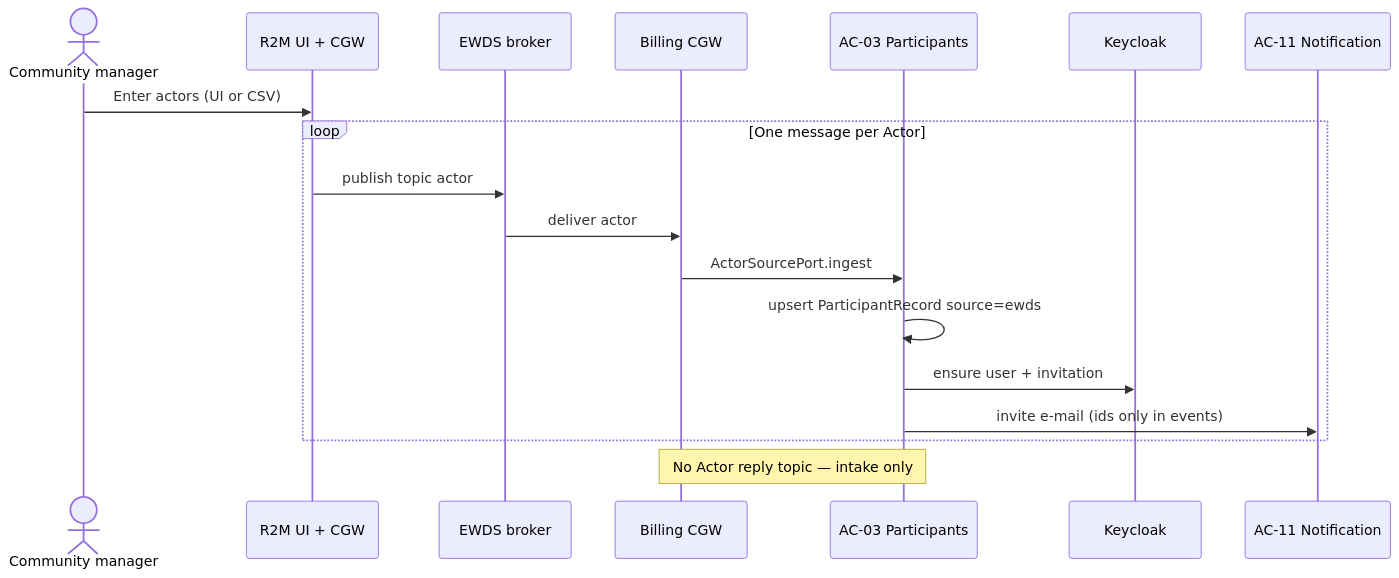
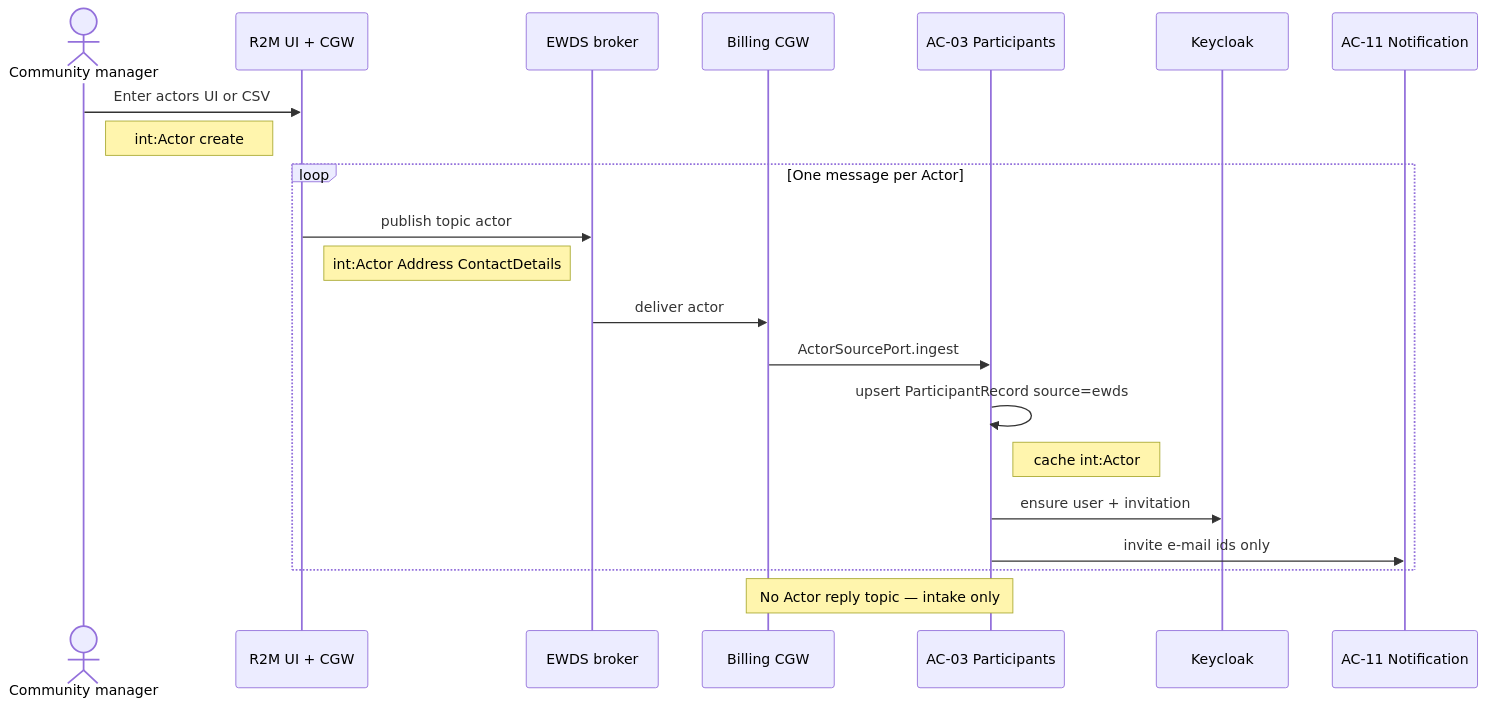
Before and after one commit to blooo-io/intelligent-eu-bps-source: the first of 14 diagrams in docs/architecture/07-scenario-flows.md, drawn with Mermaid. The commit also changed other lines of this file, not shown here.

First line of the commit message:
docs(INT-451): ontology objects on scenario flow steps; fix S12 Mermaid (#225)

````diff
--- a/docs/architecture/07-scenario-flows.md
+++ b/docs/architecture/07-scenario-flows.md
@@ -33,20 +47,23 @@
 ```mermaid
 sequenceDiagram
   actor Mgr as Community manager
   participant R2M as R2M UI + CGW
   participant EWDS as EWDS broker
   participant CGW as Billing CGW
   participant AC03 as AC-03 Participants
   participant IdP as Keycloak
   participant AC11 as AC-11 Notification
-  Mgr->>R2M: Enter actors (UI or CSV)
+  Mgr->>R2M: Enter actors UI or CSV
+  Note right of Mgr: int:Actor create
   loop One message per Actor
     R2M->>EWDS: publish topic actor
+    Note right of R2M: int:Actor Address ContactDetails
     EWDS->>CGW: deliver actor
     CGW->>AC03: ActorSourcePort.ingest
     AC03->>AC03: upsert ParticipantRecord source=ewds
+    Note right of AC03: cache int:Actor
     AC03->>IdP: ensure user + invitation
-    AC03->>AC11: invite e-mail (ids only in events)
+    AC03->>AC11: invite e-mail ids only
   end
   Note over CGW,AC03: No Actor reply topic — intake only
 ```
````
